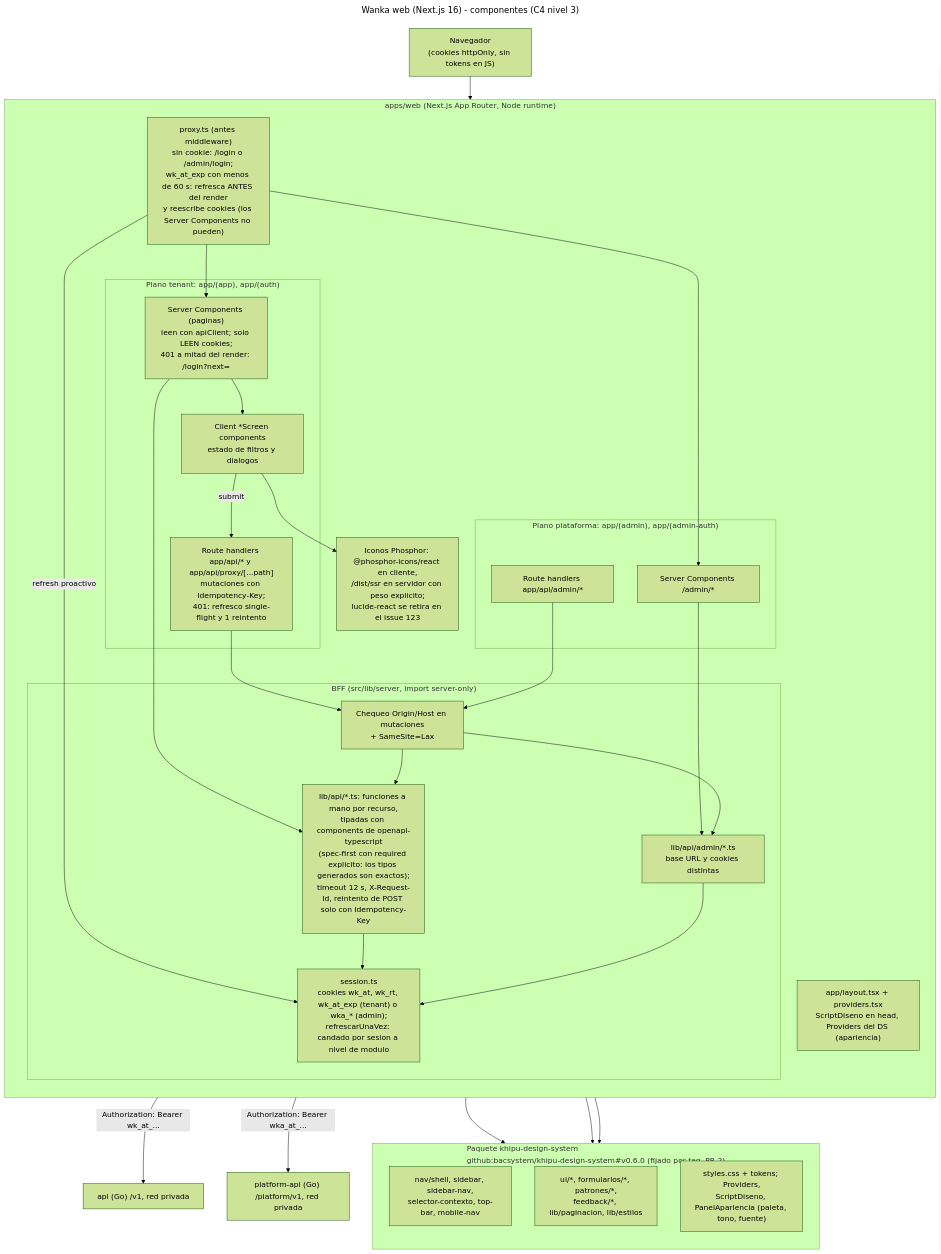
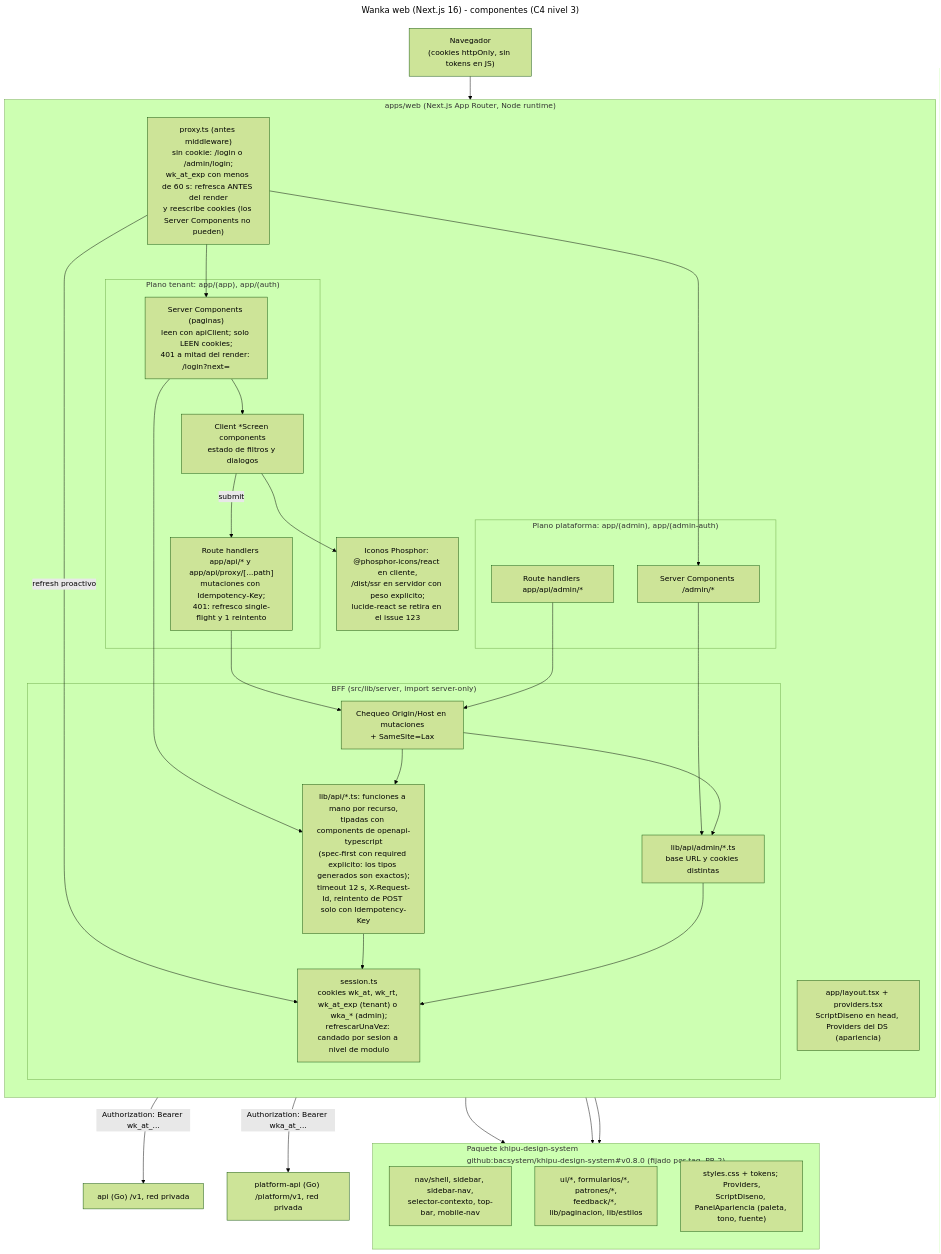
Before and after one commit to bacsystem/wanka: the diagram in docs/architecture/c4/04-components-web.mmd, drawn with Mermaid (forest theme). The commit also changed 5 other files, not shown here.

First line of the commit message:
chore(deps): bump khipu-design-system to v0.8.0

```diff
--- a/docs/architecture/c4/04-components-web.mmd
+++ b/docs/architecture/c4/04-components-web.mmd
@@ -1,59 +1,59 @@
 ---
 title: Wanka web (Next.js 16) - componentes (C4 nivel 3)
 ---
 flowchart TB
   browser["Navegador<br/>(cookies httpOnly, sin tokens en JS)"]
 
-  subgraph ds["Paquete khipu-design-system<br/>github:bacsystem/khipu-design-system#v0.6.0 (fijado por tag, PR 2)"]
+  subgraph ds["Paquete khipu-design-system<br/>github:bacsystem/khipu-design-system#v0.8.0 (fijado por tag, PR 2)"]
     direction TB
     dsShell["nav/shell, sidebar, sidebar-nav,<br/>selector-contexto, top-bar, mobile-nav"]
     dsUi["ui/*, formularios/*, patrones/*,<br/>feedback/*, lib/paginacion, lib/estilos"]
     dsTheme["styles.css + tokens; Providers,<br/>ScriptDiseno, PanelApariencia (paleta, tono, fuente)"]
   end
 
   subgraph web["apps/web (Next.js App Router, Node runtime)"]
     direction TB
     proxy["proxy.ts (antes middleware)<br/>sin cookie: /login o /admin/login;<br/>wk_at_exp con menos de 60 s: refresca ANTES del render<br/>y reescribe cookies (los Server Components no pueden)"]
     providers["app/layout.tsx + providers.tsx<br/>ScriptDiseno en head, Providers del DS (apariencia)"]
     icons["Iconos Phosphor: @phosphor-icons/react en cliente,<br/>/dist/ssr en servidor con peso explicito;<br/>lucide-react se retira en el issue 123"]
 
     subgraph tenantUi["Plano tenant: app/(app), app/(auth)"]
       rsc["Server Components (paginas)<br/>leen con apiClient; solo LEEN cookies;<br/>401 a mitad del render: /login?next="]
       screens["Client *Screen components<br/>estado de filtros y dialogos"]
       actions["Route handlers app/api/* y app/api/proxy/[...path]<br/>mutaciones con Idempotency-Key;<br/>401: refresco single-flight y 1 reintento"]
     end
 
     subgraph adminUi["Plano plataforma: app/(admin), app/(admin-auth)"]
       adminRsc["Server Components /admin/*"]
       adminActions["Route handlers app/api/admin/*"]
     end
 
     subgraph bff["BFF (src/lib/server, import server-only)"]
       session["session.ts<br/>cookies wk_at, wk_rt, wk_at_exp (tenant) o wka_* (admin);<br/>refrescarUnaVez: candado por sesion a nivel de modulo"]
       apiClient["lib/api/*.ts: funciones a mano por recurso,<br/>tipadas con components de openapi-typescript<br/>(spec-first con required explicito: los tipos generados son exactos);<br/>timeout 12 s, X-Request-Id, reintento de POST solo con Idempotency-Key"]
       adminClient["lib/api/admin/*.ts<br/>base URL y cookies distintas"]
       csrf["Chequeo Origin/Host en mutaciones<br/>+ SameSite=Lax"]
     end
   end
 
   api["api (Go) /v1, red privada"]
   papi["platform-api (Go) /platform/v1, red privada"]
 
   browser --> proxy
   proxy -->|"refresh proactivo"| session
   proxy --> rsc
   proxy --> adminRsc
   providers --> dsTheme
   rsc --> dsShell
   screens --> dsUi
   screens --> icons
   rsc --> screens
   screens -->|"submit"| actions
   rsc --> apiClient
   actions --> csrf --> apiClient
   adminRsc --> adminClient
   adminActions --> csrf --> adminClient
   apiClient --> session
   adminClient --> session
   apiClient -->|"Authorization: Bearer wk_at_..."| api
   adminClient -->|"Authorization: Bearer wka_at_..."| papi
```
